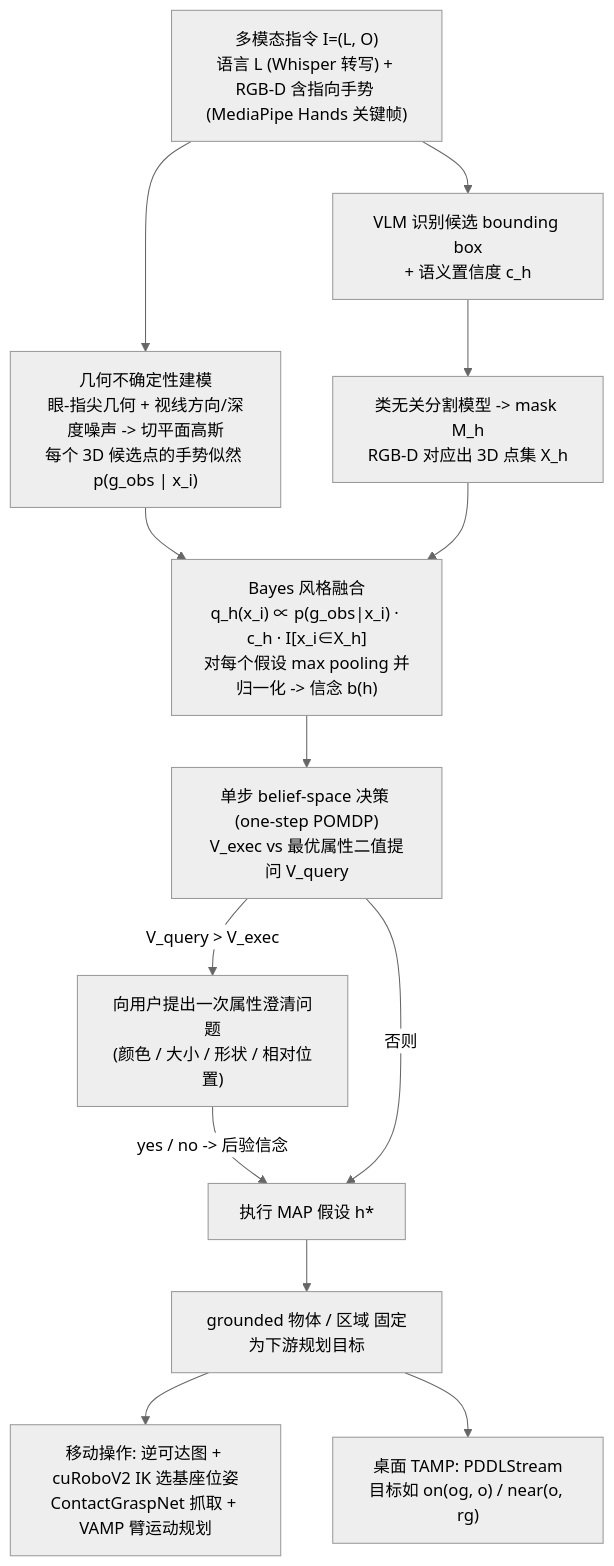
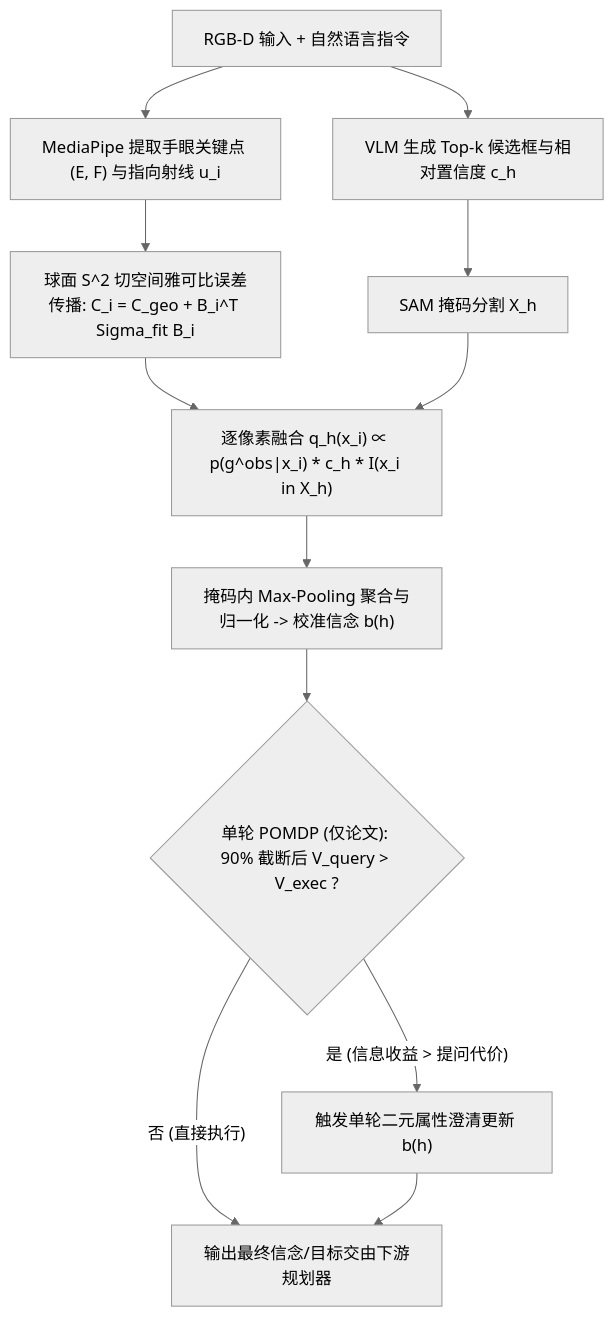
The first of 2 diagrams in wiki/entities/paper-migu-multimodal-instruction-grounding.md (ImChong/Robotics_Notebooks), drawn with Mermaid (neutral theme) before and after one commit. The commit also changed other lines of this file and 192 other files, not shown here.

Commit message:
[2026-11-14] ingest | roadmap/depth-vla.md — 补齐 VLA 纵深路线全部节点原文证据与满分健康度

````diff
--- a/wiki/entities/paper-migu-multimodal-instruction-grounding.md
+++ b/wiki/entities/paper-migu-multimodal-instruction-grounding.md
@@ -48,15 +64,14 @@
 ```mermaid
 flowchart TD
-    IN["多模态指令 I=(L, O)<br/>语言 L (Whisper 转写) + RGB-D 含指向手势 (MediaPipe Hands 关键帧)"] --> GEO["几何不确定性建模<br/>眼-指尖几何 + 视线方向/深度噪声 -> 切平面高斯<br/>每个 3D 候选点的手势似然 p(g_obs | x_i)"]
-    IN --> VLM["VLM 识别候选 bounding box<br/>+ 语义置信度 c_h"]
-    VLM --> SEG["类无关分割模型 -> mask M_h<br/>RGB-D 对应出 3D 点集 X_h"]
-    GEO --> FUSE["Bayes 风格融合<br/>q_h(x_i) ∝ p(g_obs|x_i) · c_h · I[x_i∈X_h]<br/>对每个假设 max pooling 并归一化 -> 信念 b(h)"]
-    SEG --> FUSE
-    FUSE --> PLAN["单步 belief-space 决策 (one-step POMDP)<br/>V_exec vs 最优属性二值提问 V_query"]
-    PLAN -->|"V_query > V_exec"| ASK["向用户提出一次属性澄清问题<br/>(颜色 / 大小 / 形状 / 相对位置)"]
-    ASK -->|"yes / no -> 后验信念"| EXEC
-    PLAN -->|"否则"| EXEC["执行 MAP 假设 h*"]
-    EXEC --> G["grounded 物体 / 区域 固定为下游规划目标"]
-    G --> MM["移动操作: 逆可达图 + cuRoboV2 IK 选基座位姿<br/>ContactGraspNet 抓取 + VAMP 臂运动规划"]
-    G --> TAMP["桌面 TAMP: PDDLStream<br/>目标如 on(og, o) / near(o, rg)"]
+    RGBD["RGB-D 输入 + 自然语言指令"] --> Pose["MediaPipe 提取手眼关键点 (E, F) 与指向射线 u_i"]
+    RGBD --> VLM["VLM 生成 Top-k 候选框与相对置信度 c_h"]
+    Pose --> Geo["球面 S^2 切空间雅可比误差传播: C_i = C_geo + B_i^T Sigma_fit B_i"]
+    VLM --> SAM["SAM 掩码分割 X_h"]
+    Geo --> Fuse["逐像素融合 q_h(x_i) ∝ p(g^obs|x_i) * c_h * I(x_i in X_h)"]
+    SAM --> Fuse
+    Fuse --> Pool["掩码内 Max-Pooling 聚合与归一化 -> 校准信念 b(h)"]
+    Pool --> POMDP{"单轮 POMDP (仅论文): 90% 截断后 V_query > V_exec ?"}
+    POMDP -- "是 (信息收益 > 提问代价)" --> Ask["触发单轮二元属性澄清更新 b(h)"]
+    POMDP -- "否 (直接执行)" --> Plan["输出最终信念/目标交由下游规划器"]
+    Ask --> Plan
 ```
````
